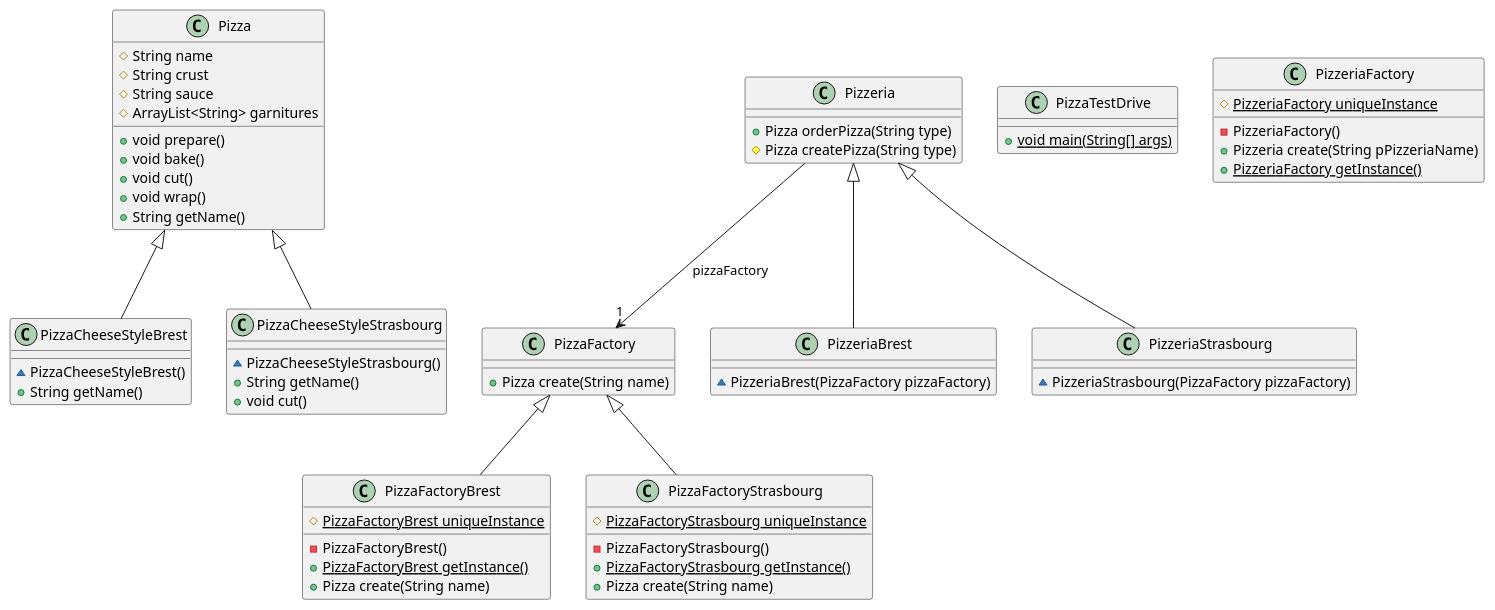
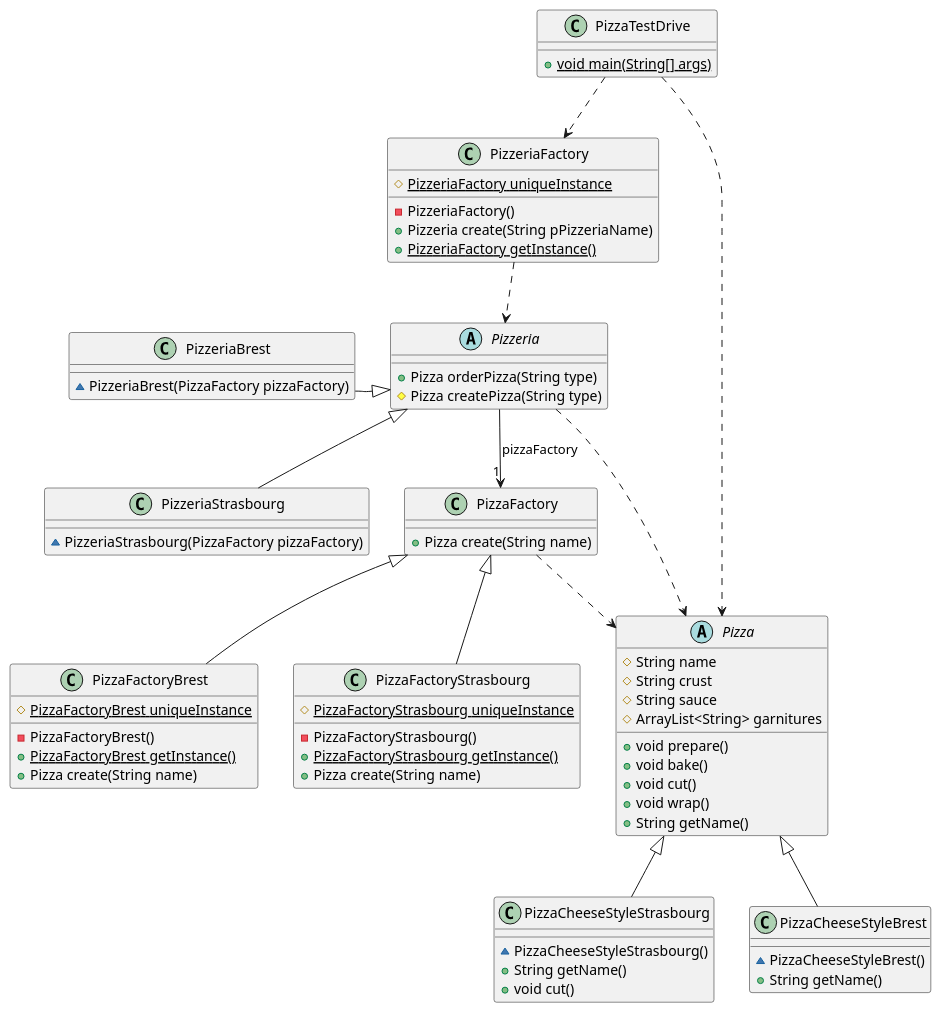
Before and after one commit to IUT-Blagnac/cpoa-tp3-uk-ChrisVerschelden: the diagram in docs/TP1eclipse.plantuml, drawn with PlantUML. The commit also changed 3 other files, not shown here.

```diff
--- a/docs/TP1eclipse.plantuml
+++ b/docs/TP1eclipse.plantuml
@@ -1,77 +1,89 @@
 @startuml
+class PizzaTestDrive [[java:app.PizzaTestDrive]] {
+	+{static}void main(String[] args)
+}
+class PizzeriaStrasbourg [[java:app.PizzeriaStrasbourg]] {
+	~PizzeriaStrasbourg(PizzaFactory pizzaFactory)
+}
+class Pizzeria [[java:app.Pizzeria]] {
+}
+Pizzeria <|-- PizzeriaStrasbourg
+class PizzeriaBrest [[java:app.PizzeriaBrest]] {
+	~PizzeriaBrest(PizzaFactory pizzaFactory)
+}
+class Pizzeria [[java:app.Pizzeria]] {
+}
+Pizzeria <|-- PizzeriaBrest
+class PizzaCheeseStyleStrasbourg [[java:app.PizzaCheeseStyleStrasbourg]] {
+	~PizzaCheeseStyleStrasbourg()
+	+String getName()
+	+void cut()
+}
+class Pizza [[java:app.Pizza]] {
+}
+Pizza <|-- PizzaCheeseStyleStrasbourg
+class PizzaCheeseStyleBrest [[java:app.PizzaCheeseStyleBrest]] {
+	~PizzaCheeseStyleBrest()
+	+String getName()
+}
+class Pizza [[java:app.Pizza]] {
+}
+Pizza <|-- PizzaCheeseStyleBrest
+class PizzeriaFactory [[java:app.PizzeriaFactory]] {
+	#{static}PizzeriaFactory uniqueInstance
+	-PizzeriaFactory()
+	+Pizzeria create(String pPizzeriaName)
+	+{static}PizzeriaFactory getInstance()
+}
+abstract class PizzaFactory [[java:app.PizzaFactory]] {
+	+Pizza create(String name)
+}
 abstract class Pizza [[java:app.Pizza]] {
 	#String name
 	#String crust
 	#String sauce
 	#ArrayList<String> garnitures
 	+void prepare()
 	+void bake()
 	+void cut()
 	+void wrap()
 	+String getName()
 }
-class PizzaCheeseStyleBrest [[java:app.PizzaCheeseStyleBrest]] {
-	~PizzaCheeseStyleBrest()
-	+String getName()
+abstract class Pizzeria [[java:app.Pizzeria]] {
+	+Pizza orderPizza(String type)
+	#Pizza createPizza(String type)
 }
-class Pizza [[java:app.Pizza]] {
+class PizzaFactory [[java:app.PizzaFactory]] {
 }
-Pizza <|-- PizzaCheeseStyleBrest
-class PizzaCheeseStyleStrasbourg [[java:app.PizzaCheeseStyleStrasbourg]] {
-	~PizzaCheeseStyleStrasbourg()
-	+String getName()
-	+void cut()
-}
-class Pizza [[java:app.Pizza]] {
-}
-Pizza <|-- PizzaCheeseStyleStrasbourg
-abstract class PizzaFactory [[java:app.PizzaFactory]] {
-	+Pizza create(String name)
-}
+Pizzeria --> "1" PizzaFactory : pizzaFactory
 class PizzaFactoryBrest [[java:app.PizzaFactoryBrest]] {
 	#{static}PizzaFactoryBrest uniqueInstance
 	-PizzaFactoryBrest()
 	+{static}PizzaFactoryBrest getInstance()
 	+Pizza create(String name)
 }
 class PizzaFactory [[java:app.PizzaFactory]] {
 }
 PizzaFactory <|-- PizzaFactoryBrest
 class PizzaFactoryStrasbourg [[java:app.PizzaFactoryStrasbourg]] {
 	#{static}PizzaFactoryStrasbourg uniqueInstance
 	-PizzaFactoryStrasbourg()
 	+{static}PizzaFactoryStrasbourg getInstance()
 	+Pizza create(String name)
 }
 class PizzaFactory [[java:app.PizzaFactory]] {
 }
 PizzaFactory <|-- PizzaFactoryStrasbourg
-class PizzaTestDrive [[java:app.PizzaTestDrive]] {
-	+{static}void main(String[] args)
-}
-abstract class Pizzeria [[java:app.Pizzeria]] {
-	+Pizza orderPizza(String type)
-	#Pizza createPizza(String type)
-}
-class PizzaFactory [[java:app.PizzaFactory]] {
-}
-Pizzeria --> "1" PizzaFactory : pizzaFactory
-class PizzeriaBrest [[java:app.PizzeriaBrest]] {
-	~PizzeriaBrest(PizzaFactory pizzaFactory)
-}
-class Pizzeria [[java:app.Pizzeria]] {
-}
-Pizzeria <|-- PizzeriaBrest
-class PizzeriaFactory [[java:app.PizzeriaFactory]] {
-	#{static}PizzeriaFactory uniqueInstance
-	-PizzeriaFactory()
-	+Pizzeria create(String pPizzeriaName)
-	+{static}PizzeriaFactory getInstance()
-}
-class PizzeriaStrasbourg [[java:app.PizzeriaStrasbourg]] {
-	~PizzeriaStrasbourg(PizzaFactory pizzaFactory)
-}
-class Pizzeria [[java:app.Pizzeria]] {
-}
-Pizzeria <|-- PizzeriaStrasbourg
+
+PizzeriaStrasbourg -[hidden]> Pizzeria
+PizzeriaBrest -[hidden]> Pizzeria
+
+PizzeriaBrest -[hidden]-> PizzeriaStrasbourg
+
+"PizzaTestDrive" ..> "PizzeriaFactory"
+"PizzaTestDrive" ..> "Pizza"
+"PizzeriaFactory" ..> "Pizzeria"
+"PizzaFactory" ..> "Pizza"
+"Pizzeria" ..> "Pizza" 
+
 @enduml
```
